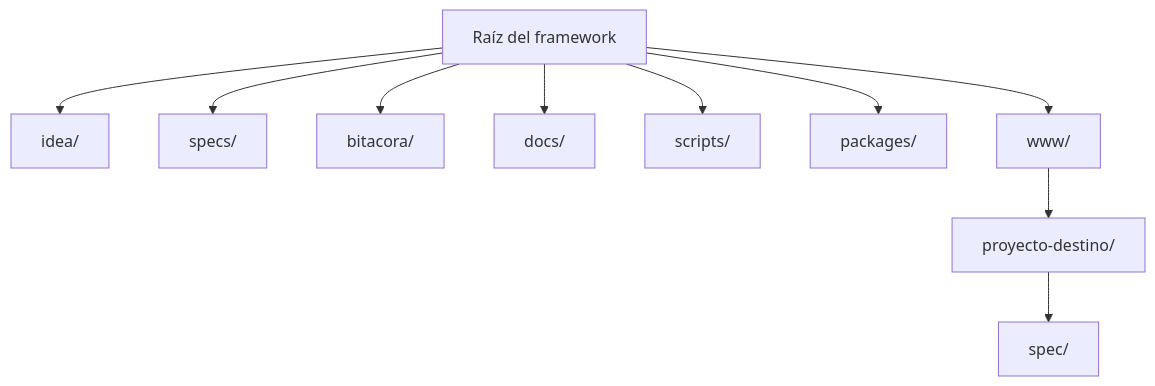
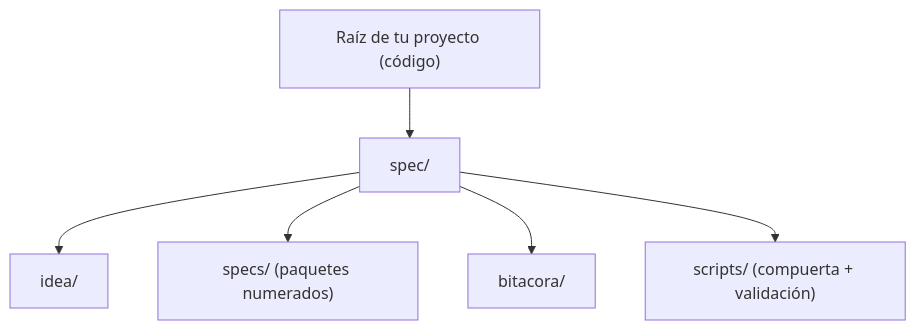
Before and after one commit to juanklagos/spec-driven-development-template: the second of 2 diagrams in README.es.md, drawn with Mermaid. The commit also changed other lines of this file and 2 other files, not shown here.

````diff
--- a/README.es.md
+++ b/README.es.md
@@ -157,12 +156,8 @@
 ```mermaid
 flowchart TD
-  A["Raíz del framework"] --> B["idea/"]
-  A --> C["specs/"]
-  A --> D["bitacora/"]
-  A --> E["docs/"]
-  A --> F["scripts/"]
-  A --> G["packages/"]
-  A --> H["www/"]
-  H --> I["proyecto-destino/"]
-  I --> J["spec/"]
+  A["Raíz de tu proyecto (código)"] --> B["spec/"]
+  B --> C["idea/"]
+  B --> D["specs/ (paquetes numerados)"]
+  B --> E["bitacora/"]
+  B --> F["scripts/ (compuerta + validación)"]
 ```
````
